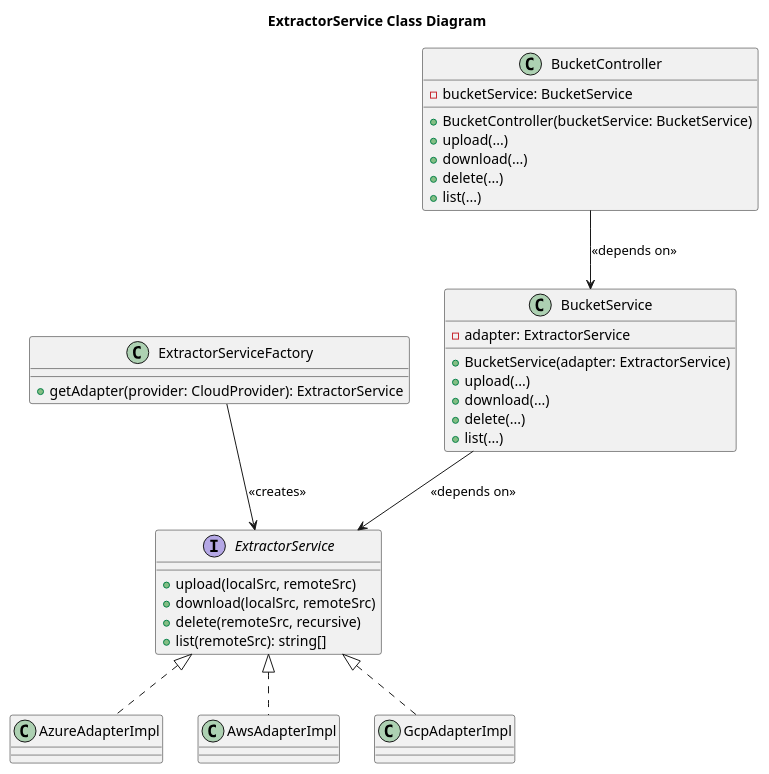
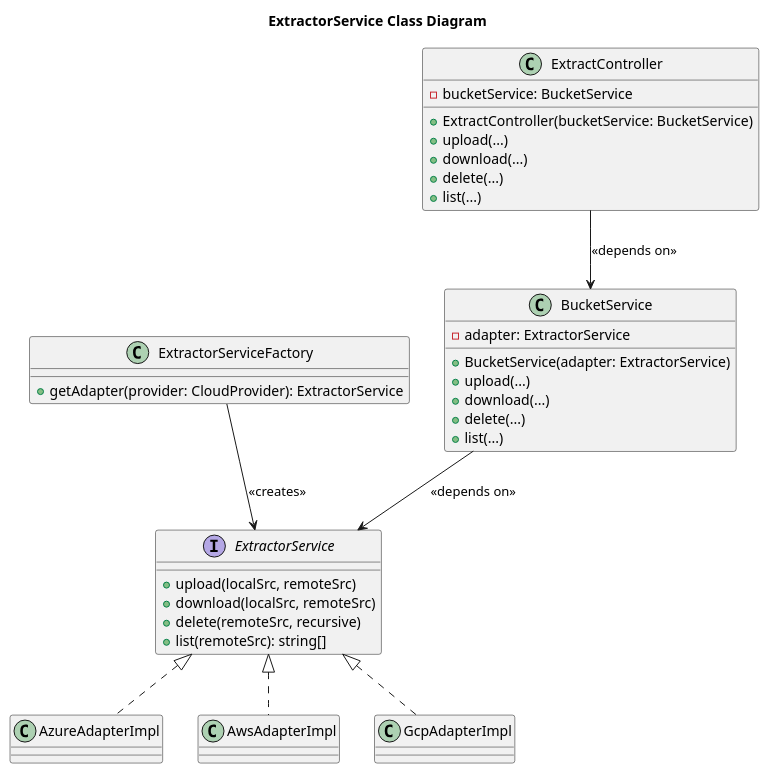
The diagram in docs/class-diagram-v2.puml (CPNV-ES-BI-RIA-PROJECT/ria2-extract), drawn with PlantUML before and after one commit. The commit also changed 2 other files, not shown here.

Commit message:
docs: updated controller name

```diff
--- a/docs/class-diagram-v2.puml
+++ b/docs/class-diagram-v2.puml
@@ -1,44 +1,44 @@
 @startuml
 title ExtractorService Class Diagram
 
 interface ExtractorService {
     + upload(localSrc, remoteSrc)
     + download(localSrc, remoteSrc)
     + delete(remoteSrc, recursive)
     + list(remoteSrc): string[]
 }
 
 class ExtractorServiceFactory {
     + getAdapter(provider: CloudProvider): ExtractorService
 }
 
 class BucketService {
     - adapter: ExtractorService
     + BucketService(adapter: ExtractorService)
     + upload(...)
     + download(...)
     + delete(...)
     + list(...)
 }
 
-class BucketController {
+class ExtractController {
     - bucketService: BucketService
-    + BucketController(bucketService: BucketService)
+    + ExtractController(bucketService: BucketService)
     + upload(...)
     + download(...)
     + delete(...)
     + list(...)
 }
 
 class AzureAdapterImpl
 class AwsAdapterImpl
 class GcpAdapterImpl
 
 ExtractorService <|.. AzureAdapterImpl
 ExtractorService <|.. AwsAdapterImpl
 ExtractorService <|.. GcpAdapterImpl
 
 ExtractorServiceFactory --> ExtractorService : <<creates>>
 BucketService --> ExtractorService : <<depends on>>
-BucketController --> BucketService : <<depends on>>
+ExtractController --> BucketService : <<depends on>>
 @enduml
```
